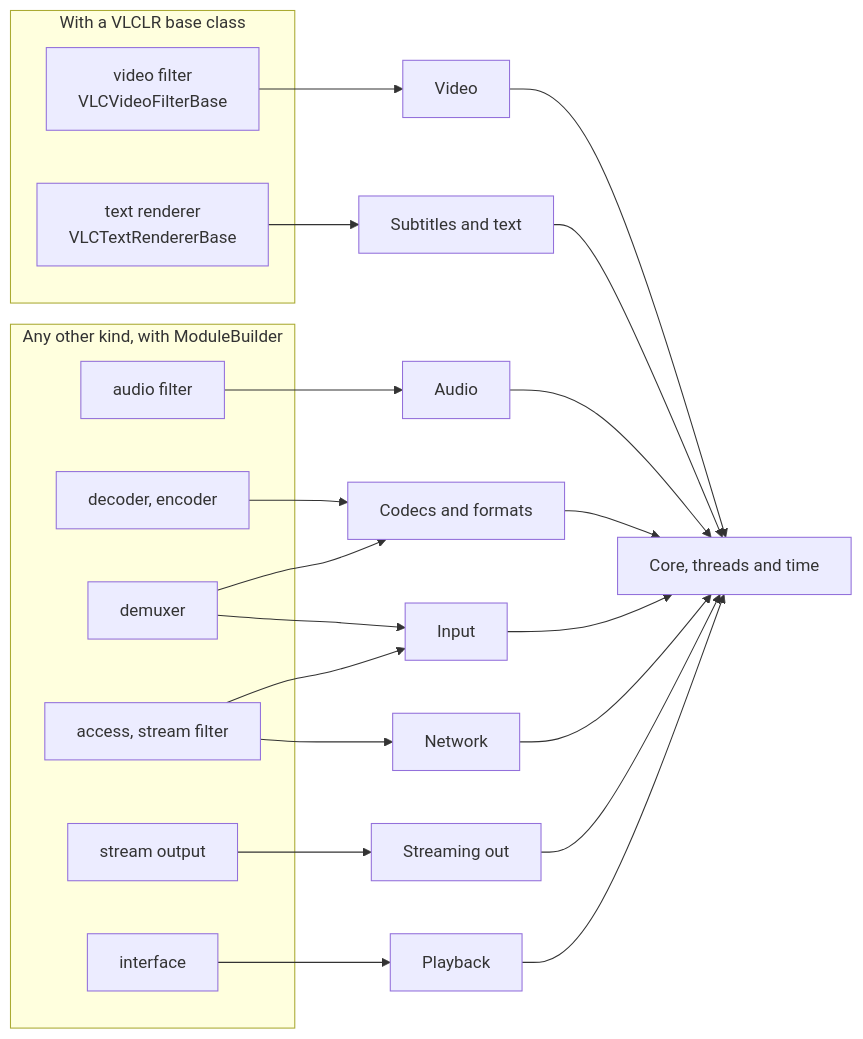
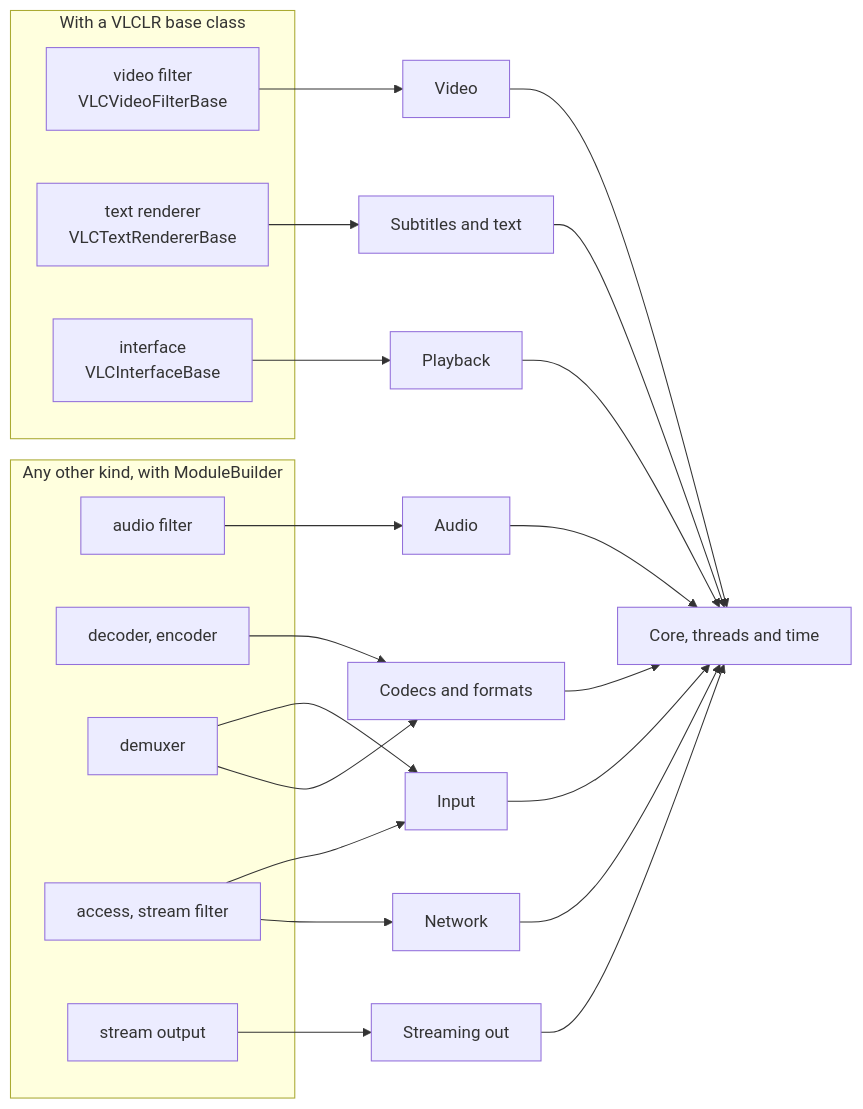
The diagram in README.md (mfkl/vlclr), drawn with Mermaid before and after one commit. The commit also changed other lines of this file and 4 other files, not shown here.

Commit message:
vlclr: VLCInterfaceBase, interface modules from the source generator

````diff
--- a/README.md
+++ b/README.md
@@ -68,26 +68,26 @@
 ```mermaid
 flowchart LR
   subgraph base["With a VLCLR base class"]
     VF["video filter<br/>VLCVideoFilterBase"]
     TR["text renderer<br/>VLCTextRendererBase"]
+    IF["interface<br/>VLCInterfaceBase"]
   end
   subgraph builder["Any other kind, with ModuleBuilder"]
     AF[audio filter]
     DEC[decoder, encoder]
     DMX[demuxer]
     ACC[access, stream filter]
     SO[stream output]
-    IF[interface]
   end
   VF --> VID[Video]
   TR --> SUB[Subtitles and text]
   AF --> AUD[Audio]
   DEC --> COD[Codecs and formats]
   DMX --> INP[Input]
   DMX --> COD
   ACC --> INP
   ACC --> NET[Network]
   SO --> OUT[Streaming out]
   IF --> PLAY[Playback]
   VID & SUB & AUD & COD & INP & NET & OUT & PLAY --> CORE[Core, threads and time]
 ```
````
